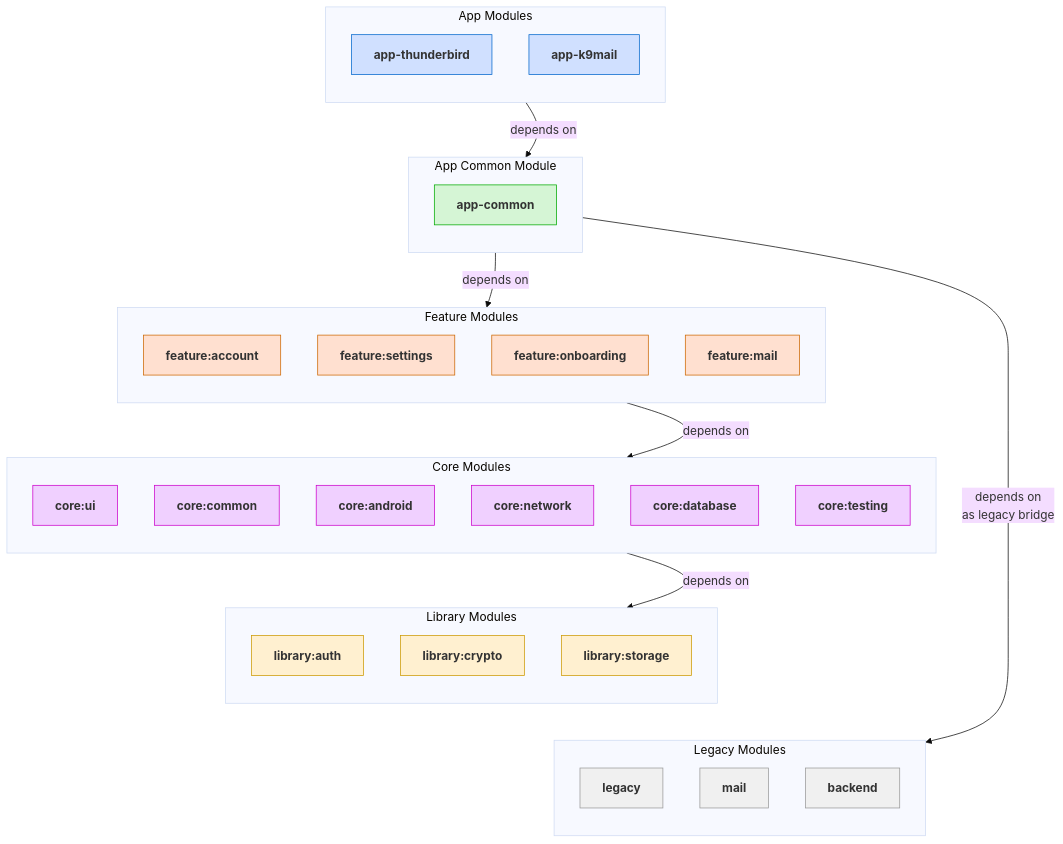
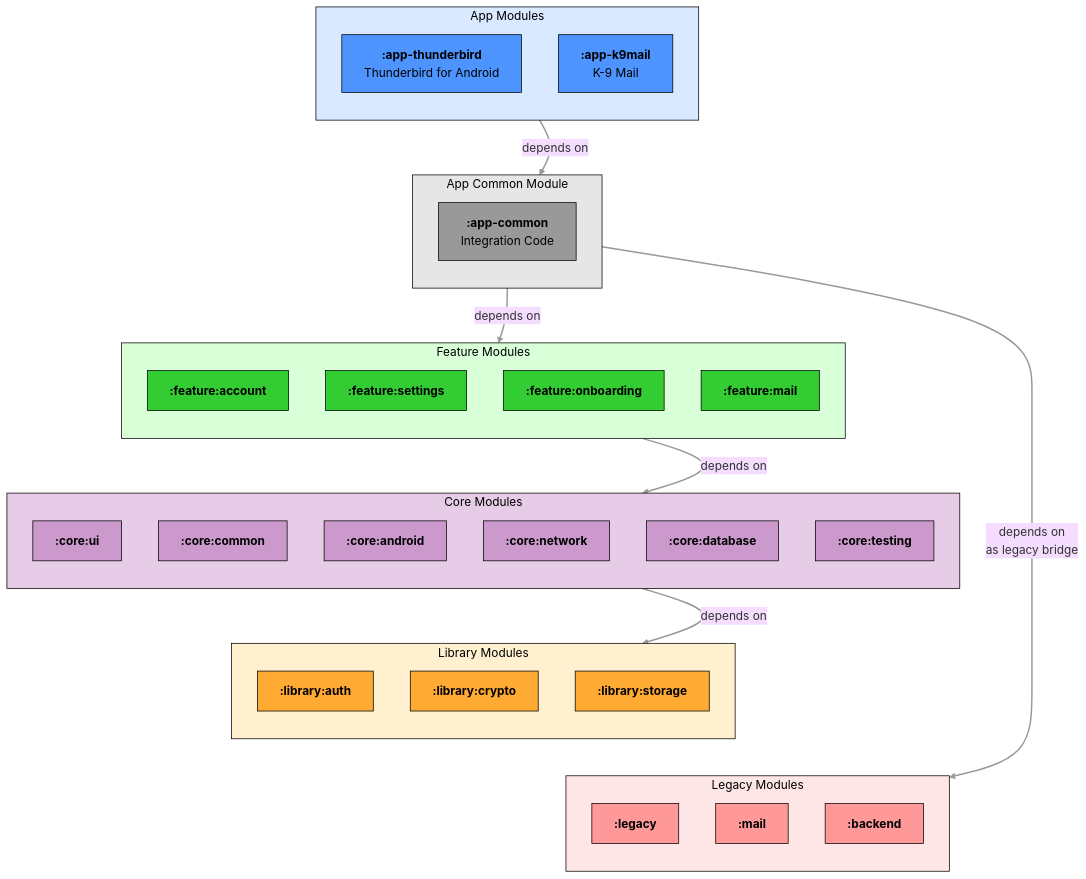
The first of 2 diagrams in docs/architecture/module-organization.md (thunderbird/thunderbird-android), drawn with Mermaid (base theme) before and after one commit. The commit also changed other lines of this file and 5 other files, not shown here.

Commit message:
docs(architecture): improve diagram colors and unified styling and naming

````diff
--- a/docs/architecture/module-organization.md
+++ b/docs/architecture/module-organization.md
@@ -15,45 +15,45 @@
 graph TB
     subgraph APP[App Modules]
         direction TB
-        APP_TB["`**app-thunderbird**`"]
-        APP_K9["`**app-k9mail**`"]
+        APP_TB["`**:app-thunderbird**<br>Thunderbird for Android`"]
+        APP_K9["`**:app-k9mail**<br>K-9 Mail`"]
     end
 
     subgraph COMMON[App Common Module]
         direction TB
-        APP_COMMON["`**app-common**`"]
+        COMMON_APP["`**:app-common**<br>Integration Code`"]
     end
 
     subgraph FEATURE[Feature Modules]
         direction TB
-        FEATURE_ACCOUNT["`**feature:account**`"]
-        FEATURE_SETTINGS["`**feature:settings**`"]
-        FEATURE_ONBOARDING["`**feature:onboarding**`"]
-        FEATURE_MAIL["`**feature:mail**`"]
+        FEATURE_ACCOUNT["`**:feature:account**`"]
+        FEATURE_SETTINGS["`**:feature:settings**`"]
+        FEATURE_ONBOARDING["`**:feature:onboarding**`"]
+        FEATURE_MAIL["`**:feature:mail**`"]
     end
 
     subgraph CORE[Core Modules]
         direction TB
-        CORE_UI["`**core:ui**`"]
-        CORE_COMMON["`**core:common**`"]
-        CORE_ANDROID["`**core:android**`"]
-        CORE_NETWORK["`**core:network**`"]
-        CORE_DATABASE["`**core:database**`"]
-        CORE_TESTING["`**core:testing**`"]
+        CORE_UI["`**:core:ui**`"]
+        CORE_COMMON["`**:core:common**`"]
+        CORE_ANDROID["`**:core:android**`"]
+        CORE_NETWORK["`**:core:network**`"]
+        CORE_DATABASE["`**:core:database**`"]
+        CORE_TESTING["`**:core:testing**`"]
     end
 
     subgraph LIBRARY[Library Modules]
         direction TB
-        LIB_AUTH["`**library:auth**`"]
-        LIB_CRYPTO["`**library:crypto**`"]
-        LIB_STORAGE["`**library:storage**`"]
+        LIB_AUTH["`**:library:auth**`"]
+        LIB_CRYPTO["`**:library:crypto**`"]
+        LIB_STORAGE["`**:library:storage**`"]
     end
 
     subgraph LEGACY[Legacy Modules]
         direction TB
-        LEGACY_K9["`**legacy**`"]
-        LEGACY_MAIL["`**mail**`"]
-        LEGACY_BACKEND["`**backend**`"]
+        LEGACY_K9["`**:legacy**`"]
+        LEGACY_MAIL["`**:mail**`"]
+        LEGACY_BACKEND["`**:backend**`"]
     end
 
     APP ~~~ COMMON
@@ -68,17 +68,32 @@
     CORE --> |depends on| LIBRARY
     COMMON --> |depends on<br>as legacy bridge| LEGACY
 
-    classDef app fill: #d0e0ff, stroke: #0066cc
-    classDef common fill: #d5f5d5, stroke: #00aa00
-    classDef feature fill: #ffe0d0, stroke: #cc6600
-    classDef core fill: #f0d0ff, stroke: #cc00cc
-    classDef library fill: #fff0d0, stroke: #cc9900
-    classDef legacy fill: #f0f0f0, stroke: #999999
+    classDef app fill:#d9e9ff,stroke:#000000,color:#000000
+    classDef app_module fill:#4d94ff,stroke:#000000,color:#000000
+    classDef common fill:#e6e6e6,stroke:#000000,color:#000000
+    classDef common_module fill:#999999,stroke:#000000,color:#000000
+    classDef feature fill:#d9ffd9,stroke:#000000,color:#000000
+    classDef feature_module fill:#33cc33,stroke:#000000,color:#000000
+    classDef core fill:#e6cce6,stroke:#000000,color:#000000
+    classDef core_module fill:#cc99cc,stroke:#000000,color:#000000
+    classDef library fill:#fff0d0,stroke:#000000,color:#000000
+    classDef library_module fill:#ffaa33,stroke:#000000,color:#000000
+    classDef legacy fill:#ffe6e6,stroke:#000000,color:#000000
+    classDef legacy_module fill:#ff9999,stroke:#000000,color:#000000
 
-    class APP_TB,APP_K9 app
-    class APP_COMMON common
-    class FEATURE_ACCOUNT,FEATURE_SETTINGS,FEATURE_ONBOARDING,FEATURE_MAIL feature
-    class CORE_UI,CORE_COMMON,CORE_ANDROID,CORE_DATABASE,CORE_NETWORK,CORE_TESTING core
-    class LIB_AUTH,LIB_CRYPTO,LIB_STORAGE library
-    class LEGACY_MAIL,LEGACY_BACKEND,LEGACY_K9 legacy
+    linkStyle default stroke:#999,stroke-width:2px
+    linkStyle 0,1,2,3,4 stroke-width:0px
+
+    class APP app
+    class APP_TB,APP_K9 app_module
+    class COMMON common
+    class COMMON_APP common_module
+    class FEATURE feature
+    class FEATURE_ACCOUNT,FEATURE_SETTINGS,FEATURE_ONBOARDING,FEATURE_MAIL feature_module
+    class CORE core
+    class CORE_UI,CORE_COMMON,CORE_ANDROID,CORE_DATABASE,CORE_NETWORK,CORE_TESTING core_module
+    class LIBRARY library
+    class LIB_AUTH,LIB_CRYPTO,LIB_STORAGE library_module
+    class LEGACY legacy
+    class LEGACY_MAIL,LEGACY_BACKEND,LEGACY_K9 legacy_module
 ```
````
